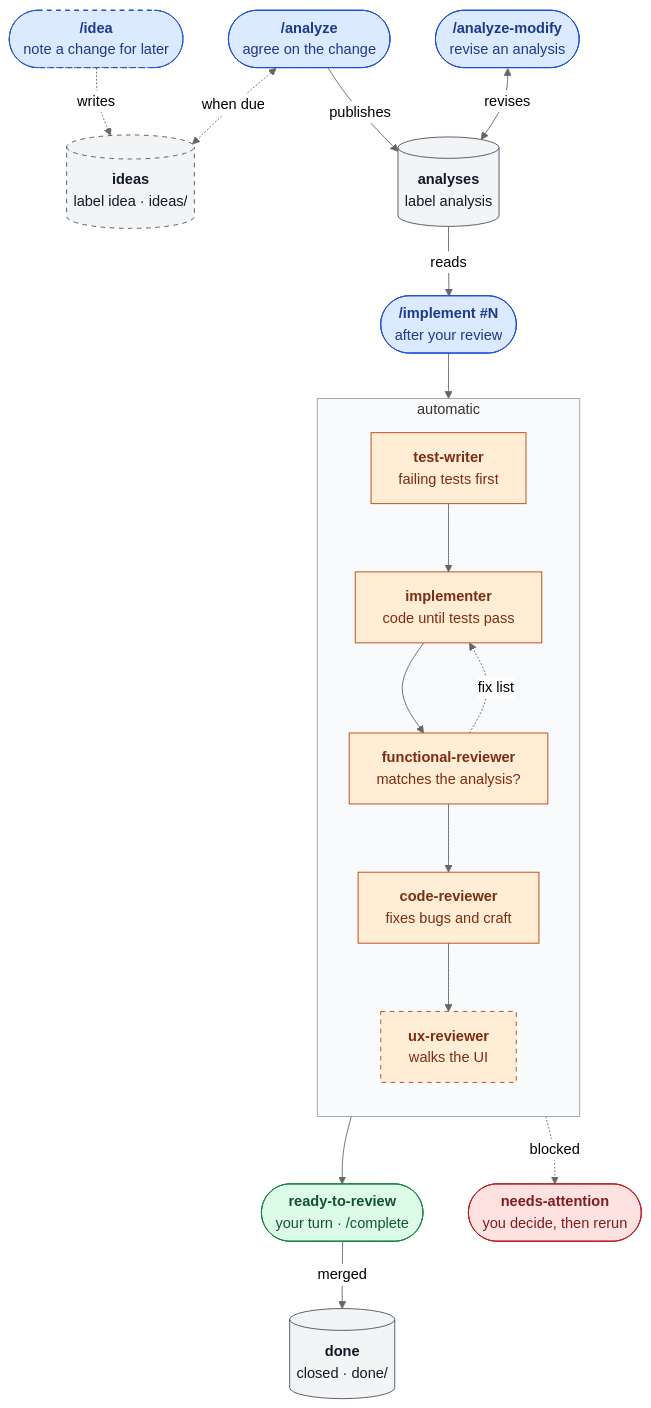
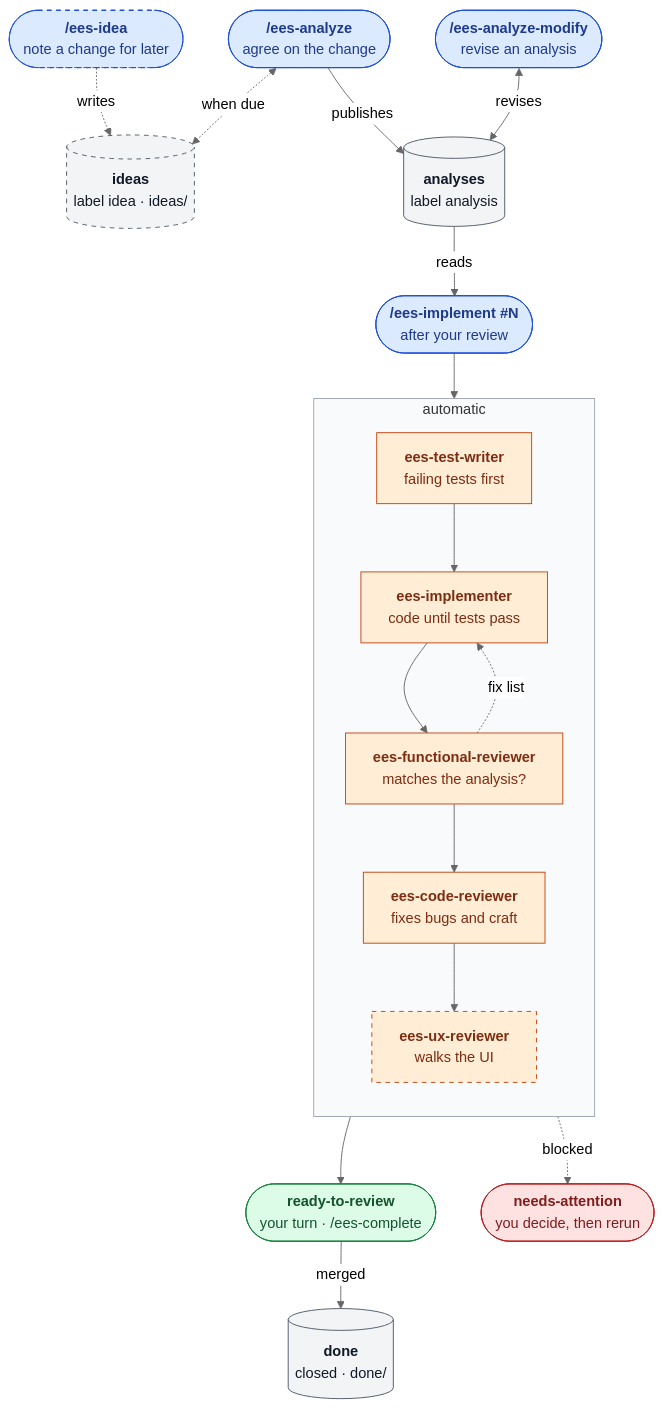
One commit to rdurica/enterprise-engineering-skills changed the diagram in README.md. Above: the diagram before and after it, drawn with Mermaid (neutral theme). The commit also changed other lines of this file and 124 other files, not shown here.

````diff
--- a/README.md
+++ b/README.md
@@ -31,47 +31,47 @@
 ```mermaid
 flowchart TD
-    Idea(["<b>/idea</b><br/>note a change for later"])
-    Analyze(["<b>/analyze</b><br/>agree on the change"])
-    Modify(["<b>/analyze-modify</b><br/>revise an analysis"])
+    Idea(["<b>/ees-idea</b><br/>note a change for later"])
+    Analyze(["<b>/ees-analyze</b><br/>agree on the change"])
+    Modify(["<b>/ees-analyze-modify</b><br/>revise an analysis"])
     Ideas[("<b>ideas</b><br/>label idea · ideas/")]
     Analyses[("<b>analyses</b><br/>label analysis")]
-    Implement(["<b>/implement #N</b><br/>after your review"])
+    Implement(["<b>/ees-implement #N</b><br/>after your review"])
 
     subgraph Auto["automatic"]
         direction TB
-        testWriter["<b>test-writer</b><br/>failing tests first"]
-        implementer["<b>implementer</b><br/>code until tests pass"]
-        functional["<b>functional-reviewer</b><br/>matches the analysis?"]
-        codeReview["<b>code-reviewer</b><br/>fixes bugs and craft"]
-        ux["<b>ux-reviewer</b><br/>walks the UI"]
+        testWriter["<b>ees-test-writer</b><br/>failing tests first"]
+        implementer["<b>ees-implementer</b><br/>code until tests pass"]
+        functional["<b>ees-functional-reviewer</b><br/>matches the analysis?"]
+        codeReview["<b>ees-code-reviewer</b><br/>fixes bugs and craft"]
+        ux["<b>ees-ux-reviewer</b><br/>walks the UI"]
 
         testWriter --> implementer --> functional --> codeReview --> ux
         functional -. "fix list" .-> implementer
     end
 
-    Ready(["<b>ready-to-review</b><br/>your turn · /complete"])
+    Ready(["<b>ready-to-review</b><br/>your turn · /ees-complete"])
     Attention(["<b>needs-attention</b><br/>you decide, then rerun"])
     Done[("<b>done</b><br/>closed · done/")]
 
     Idea -. "writes" .-> Ideas
     Analyze <-. "when due" .-> Ideas
     Analyze -- "publishes" --> Analyses
     Modify <-- "revises" --> Analyses
     Analyses -- "reads" --> Implement --> testWriter
     ux --> Ready -- "merged" --> Done
     Auto -. "blocked" .-> Attention
 
     classDef human fill:#dbeafe,stroke:#1d4ed8,color:#1e3a8a
     classDef agent fill:#ffedd5,stroke:#c2410c,color:#7c2d12
     classDef optional stroke-dasharray:5 5
     classDef store fill:#f3f4f6,stroke:#4b5563,color:#111827
     classDef ready fill:#dcfce7,stroke:#15803d,color:#14532d
     classDef blocked fill:#fee2e2,stroke:#b91c1c,color:#7f1d1d
     class Idea,Analyze,Modify,Implement human
     class Idea,Ideas,ux optional
     class testWriter,implementer,functional,codeReview,ux agent
     class Ideas,Analyses,Done store
     class Ready ready
     class Attention blocked
     style Auto fill:#f9fafb,stroke:#9ca3af
 ```
````
